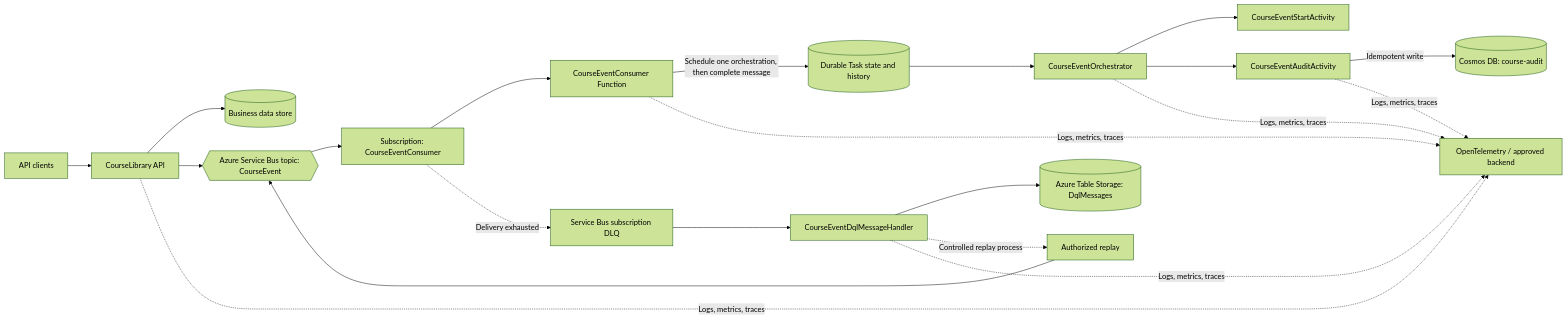
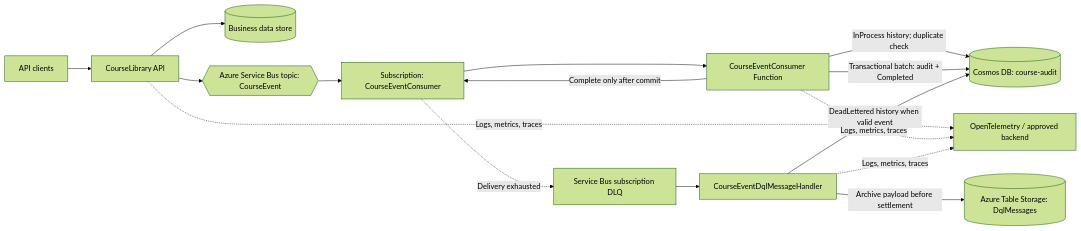
Before and after one commit to vikashchauhan90/course-library: the diagram in docs/event-consumer-system-architecture.md, drawn with Mermaid (forest theme). The commit also changed other lines of this file and 4 other files, not shown here.

Commit message:
removed complete message false

````diff
--- a/docs/event-consumer-system-architecture.md
+++ b/docs/event-consumer-system-architecture.md
@@ -75,26 +95,21 @@
 ```mermaid
 flowchart LR
     Client[API clients] --> API[CourseLibrary API]
     API --> Business[(Business data store)]
     API --> Topic{{Azure Service Bus topic: CourseEvent}}
 
     Topic --> Sub[Subscription: CourseEventConsumer]
     Sub --> Trigger[CourseEventConsumer Function]
-    Trigger -->|Schedule one orchestration, then complete message| Hub[(Durable Task state and history)]
-    Hub --> Orch[CourseEventOrchestrator]
-    Orch --> Start[CourseEventStartActivity]
-    Orch --> Audit[CourseEventAuditActivity]
-    Audit -->|Idempotent write| AuditDB[(Cosmos DB: course-audit)]
+    Trigger -->|InProcess history; duplicate check| AuditDB[(Cosmos DB: course-audit)]
+    Trigger -->|Transactional batch: audit + Completed| AuditDB
+    Trigger -->|Complete only after commit| Sub
 
     Sub -. Delivery exhausted .-> DLQ[Service Bus subscription DLQ]
     DLQ --> DqlFn[CourseEventDqlMessageHandler]
-    DqlFn --> Table[(Azure Table Storage: DqlMessages)]
-    DqlFn -. Controlled replay process .-> Replay[Authorized replay]
-    Replay --> Topic
+    DqlFn -->|Archive payload before settlement| Table[(Azure Table Storage: DqlMessages)]
+    DqlFn -->|DeadLettered history when valid event| AuditDB
 
     API -. Logs, metrics, traces .-> Telemetry[OpenTelemetry / approved backend]
     Trigger -. Logs, metrics, traces .-> Telemetry
-    Orch -. Logs, metrics, traces .-> Telemetry
-    Audit -. Logs, metrics, traces .-> Telemetry
     DqlFn -. Logs, metrics, traces .-> Telemetry
 ```
````
